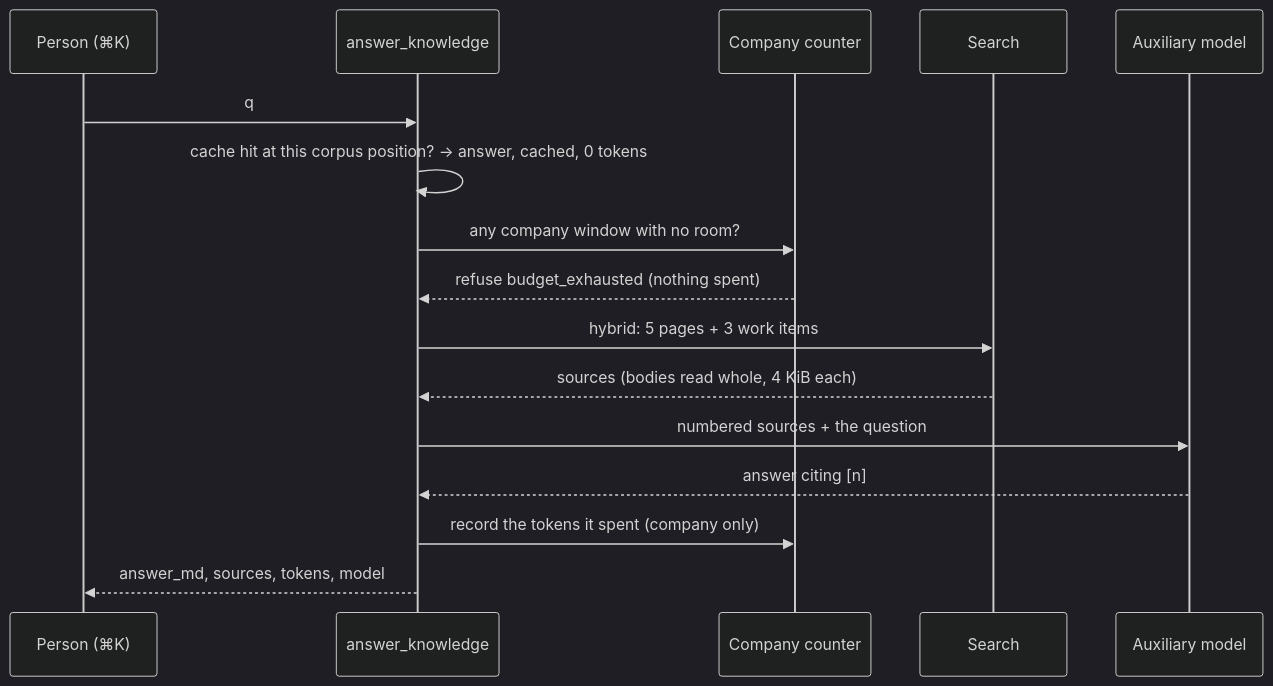
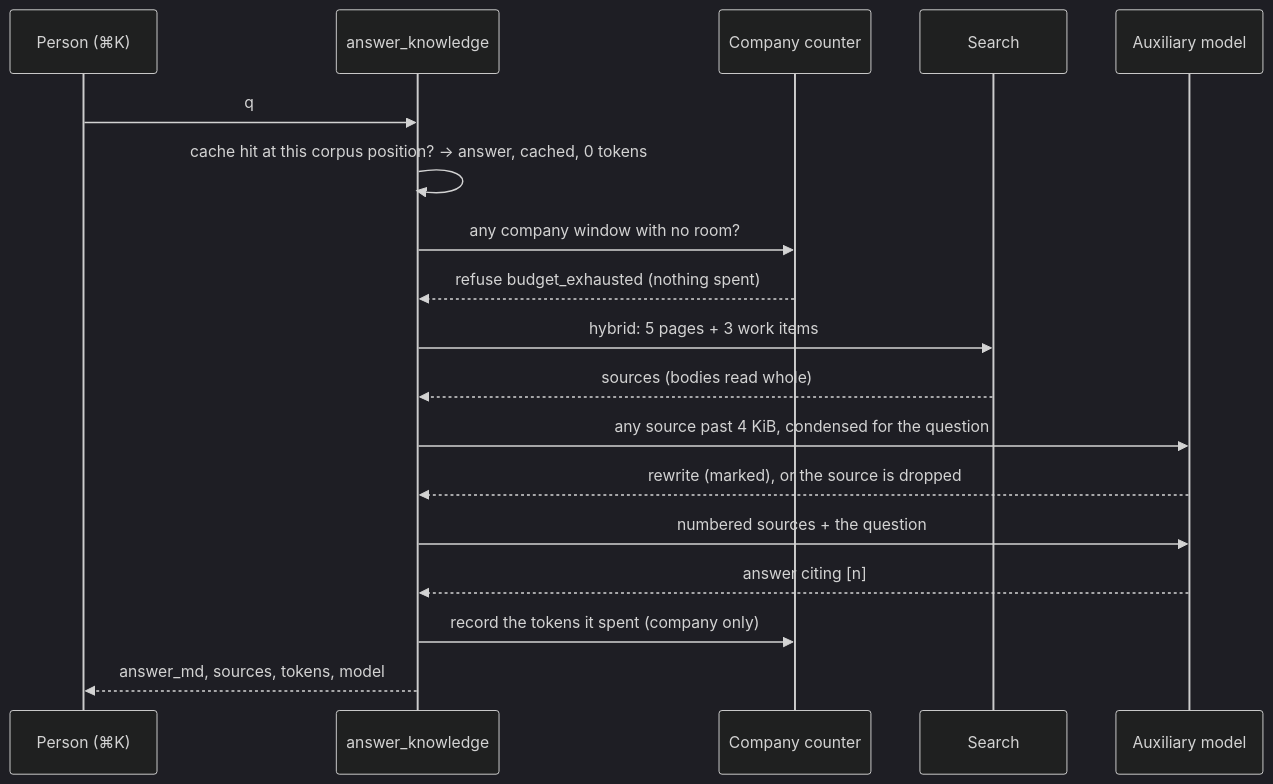
Before and after one commit to crewlet/crewlet: the third of 3 diagrams in docs/concepts/knowledge-system.md, drawn with Mermaid (dark theme). The commit also changed 13 other files, not shown here.

````diff
--- a/docs/concepts/knowledge-system.md
+++ b/docs/concepts/knowledge-system.md
@@ -669,18 +669,20 @@
 ```mermaid
 sequenceDiagram
     participant P as Person (⌘K)
     participant A as answer_knowledge
     participant C as Company counter
     participant S as Search
     participant M as Auxiliary model
     P->>A: q
     A->>A: cache hit at this corpus position? → answer, cached, 0 tokens
     A->>C: any company window with no room?
     C-->>A: refuse budget_exhausted (nothing spent)
     A->>S: hybrid: 5 pages + 3 work items
-    S-->>A: sources (bodies read whole, 4 KiB each)
+    S-->>A: sources (bodies read whole)
+    A->>M: any source past 4 KiB, condensed for the question
+    M-->>A: rewrite (marked), or the source is dropped
     A->>M: numbered sources + the question
     M-->>A: answer citing [n]
     A->>C: record the tokens it spent (company only)
     A-->>P: answer_md, sources, tokens, model
 ```
````
